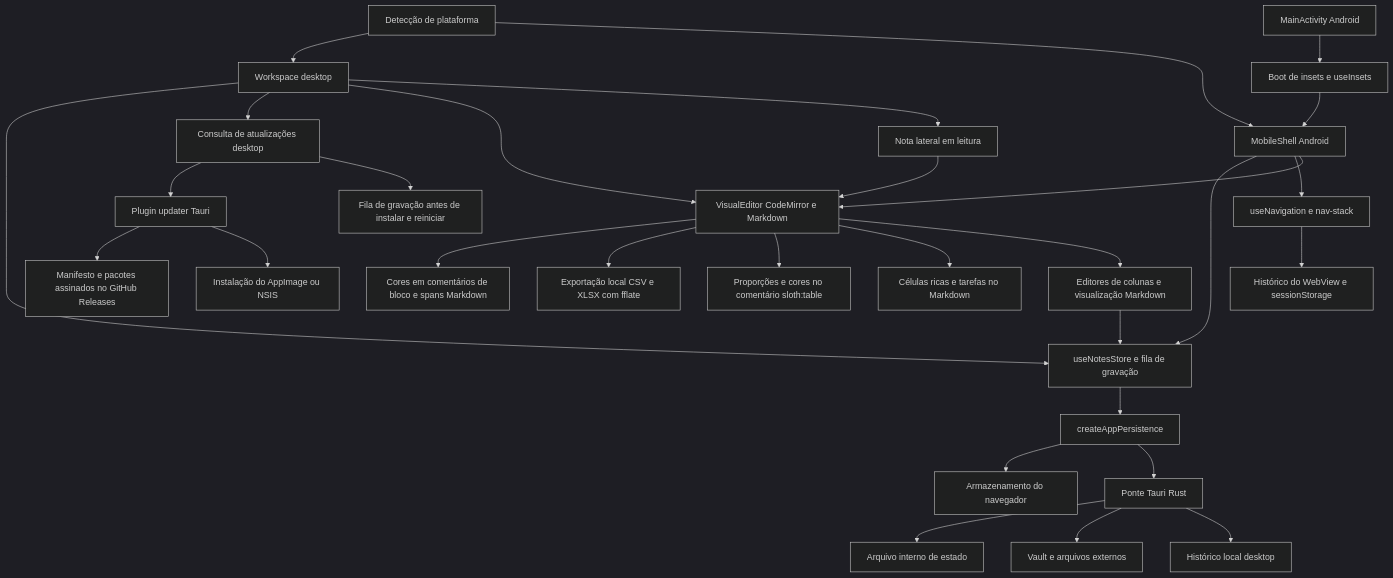
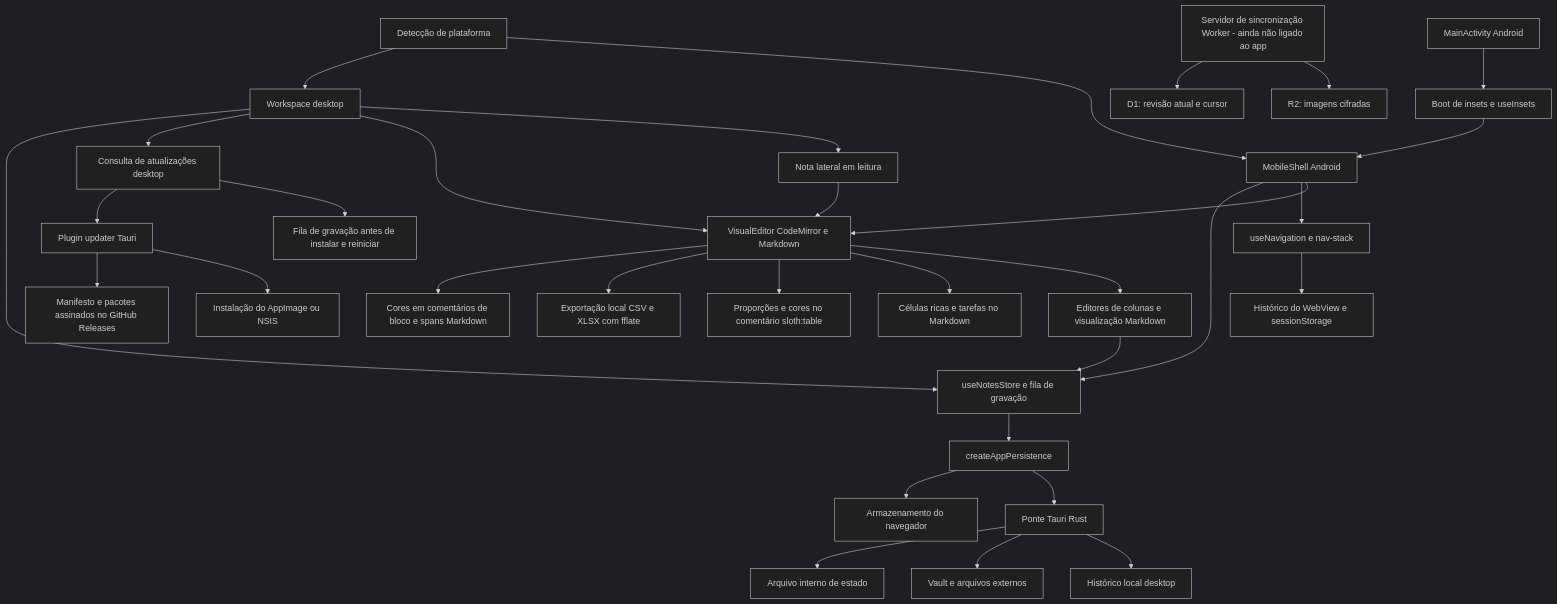
One commit to dougkusanagi/sloth-noter changed the diagram in docs/architecture.md. Above: the diagram before and after it, drawn with Mermaid (dark theme). The commit also changed other lines of this file and 16 other files, not shown here.

Commit message:
feat(sync): adicionar servidor de referência com Worker, D1 e R2

````diff
--- a/docs/architecture.md
+++ b/docs/architecture.md
@@ -6,32 +6,34 @@
 ```mermaid
 flowchart TD
   platform[Detecção de plataforma] --> desktop[Workspace desktop]
   platform --> mobile[MobileShell Android]
   desktop --> store[useNotesStore e fila de gravação]
   mobile --> store
   mobile --> navigation[useNavigation e nav-stack]
   navigation --> browser[Histórico do WebView e sessionStorage]
   desktop --> updates[Consulta de atualizações desktop]
   updates --> updater[Plugin updater Tauri]
   updater --> github[Manifesto e pacotes assinados no GitHub Releases]
   updater --> binary[Instalação do AppImage ou NSIS]
   updates --> saves[Fila de gravação antes de instalar e reiniciar]
   desktop --> editor[VisualEditor CodeMirror e Markdown]
   desktop --> sideNote[Nota lateral em leitura]
   sideNote --> editor
   editor --> colors[Cores em comentários de bloco e spans Markdown]
   mobile --> editor
   editor --> spreadsheets[Exportação local CSV e XLSX com fflate]
   editor --> tableSizes[Proporções e cores no comentário sloth:table]
   editor --> richCells[Células ricas e tarefas no Markdown]
   editor --> columns[Editores de colunas e visualização Markdown]
   columns --> store
   store --> runtime[createAppPersistence]
   runtime --> web[Armazenamento do navegador]
   runtime --> native[Ponte Tauri Rust]
   native --> state[Arquivo interno de estado]
   native --> vault[Vault e arquivos externos]
   native --> history[Histórico local desktop]
   android[MainActivity Android] --> insets[Boot de insets e useInsets]
   insets --> mobile
+  syncServer[Servidor de sincronização Worker - ainda não ligado ao app] --> d1[D1: revisão atual e cursor]
+  syncServer --> r2[R2: imagens cifradas]
 ```
````
